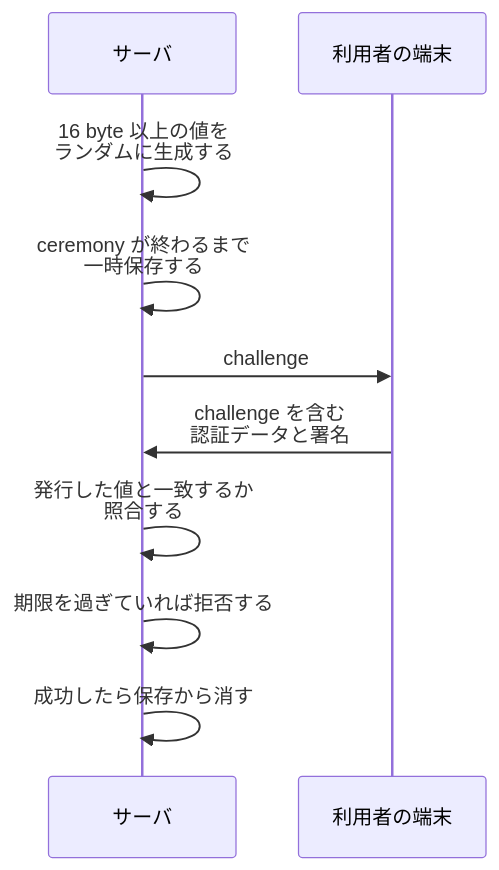
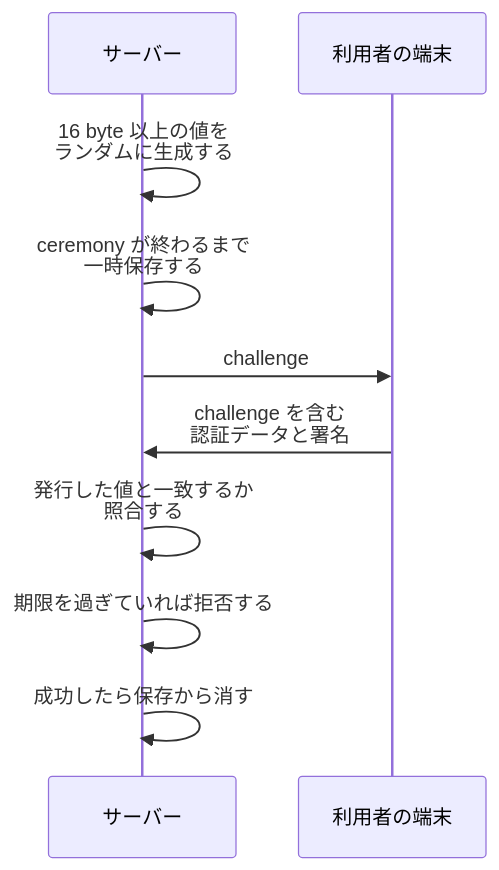
The fifth of 7 diagrams in content/notes/security/nonce/index.md (nao1215/debimate), drawn with Mermaid before and after one commit. The commit also changed other lines of this file and 56 other files, not shown here.

````diff
--- a/content/notes/security/nonce/index.md
+++ b/content/notes/security/nonce/index.md
@@ -169,12 +169,12 @@
 ```mermaid
 sequenceDiagram
-    participant S as サーバ
+    participant S as サーバー
     participant U as 利用者の端末
     S->>S: 16 byte 以上の値を<br/>ランダムに生成する
     S->>S: ceremony が終わるまで<br/>一時保存する
     S->>U: challenge
     U->>S: challenge を含む<br/>認証データと署名
     S->>S: 発行した値と一致するか<br/>照合する
     S->>S: 期限を過ぎていれば拒否する
     S->>S: 成功したら保存から消す
 ```
````
